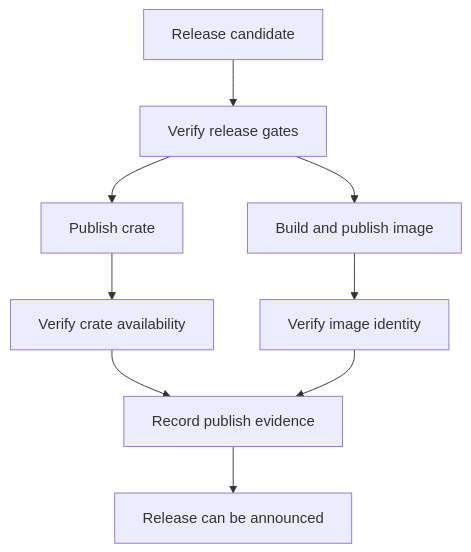
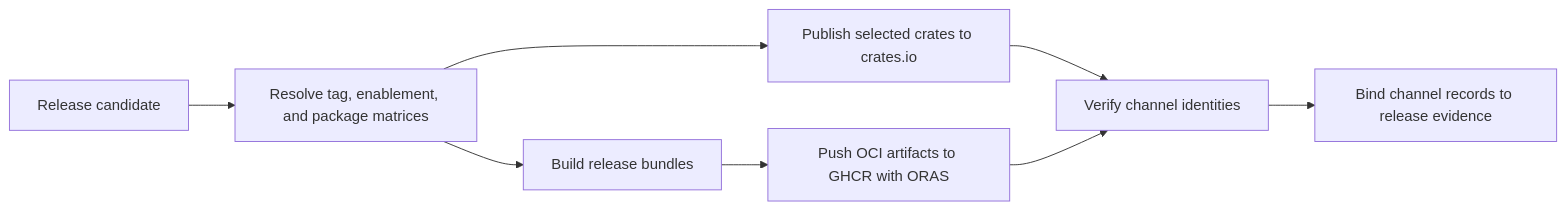
The diagram in docs/bijux-atlas-dev/delivery/docker-and-crate-publish.md (bijux/bijux-atlas), drawn with Mermaid before and after one commit. The commit also changed other lines of this file and 2 other files, not shown here.

Commit message:
docs(delivery): align publication claims with workflow evidence

````diff
--- a/docs/bijux-atlas-dev/delivery/docker-and-crate-publish.md
+++ b/docs/bijux-atlas-dev/delivery/docker-and-crate-publish.md
@@ -17,11 +19,10 @@
 ```mermaid
-flowchart TD
-    Candidate[Release candidate] --> Gates[Verify release gates]
-    Gates --> Crate[Publish crate]
-    Gates --> Image[Build and publish image]
-    Crate --> VerifyCrate[Verify crate availability]
-    Image --> VerifyImage[Verify image identity]
-    VerifyCrate --> Record[Record publish evidence]
-    VerifyImage --> Record
-    Record --> Announce[Release can be announced]
+flowchart LR
+    Candidate[Release candidate] --> Plan[Resolve tag, enablement, and package matrices]
+    Plan --> Crates[Publish selected crates to crates.io]
+    Plan --> Build[Build release bundles]
+    Build --> GHCR[Push OCI artifacts to GHCR with ORAS]
+    Crates --> Verify[Verify channel identities]
+    GHCR --> Verify
+    Verify --> Packet[Bind channel records to release evidence]
 ```
````
